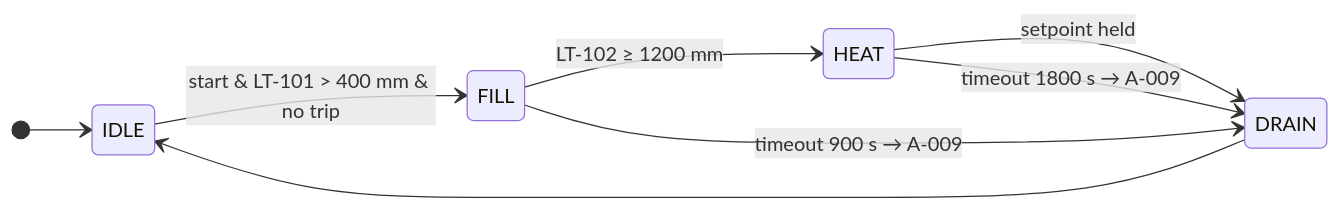
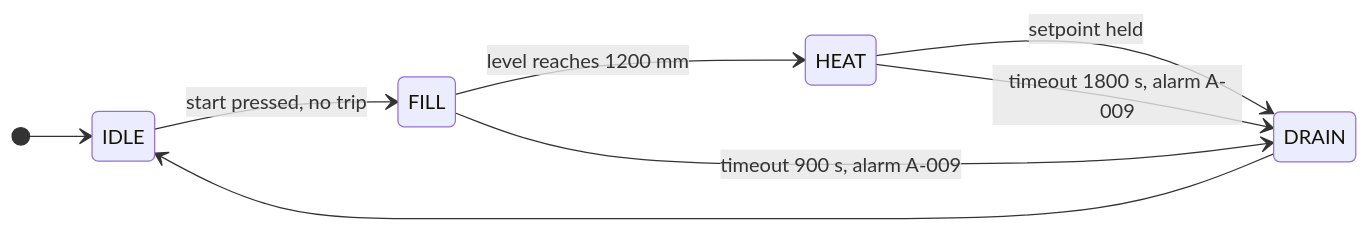
One commit to karishmapremnath4/karishmapremnath4 changed the second of 2 diagrams in README.md. Above: the diagram before and after it, drawn with Mermaid. The commit also changed other lines of this file, not shown here.

Commit message:
Make Mermaid diagrams GitHub-safe: plain labels, no HTML or reserved characters

````diff
--- a/README.md
+++ b/README.md
@@ -56,11 +56,11 @@
 ```mermaid
 stateDiagram-v2
     direction LR
     [*] --> IDLE
-    IDLE --> FILL: start & LT-101 > 400 mm & no trip
-    FILL --> HEAT: LT-102 ≥ 1200 mm
+    IDLE --> FILL: start pressed, no trip
+    FILL --> HEAT: level reaches 1200 mm
     HEAT --> DRAIN: setpoint held
-    FILL --> DRAIN: timeout 900 s → A-009
-    HEAT --> DRAIN: timeout 1800 s → A-009
+    FILL --> DRAIN: timeout 900 s, alarm A-009
+    HEAT --> DRAIN: timeout 1800 s, alarm A-009
     DRAIN --> IDLE
 ```
````
